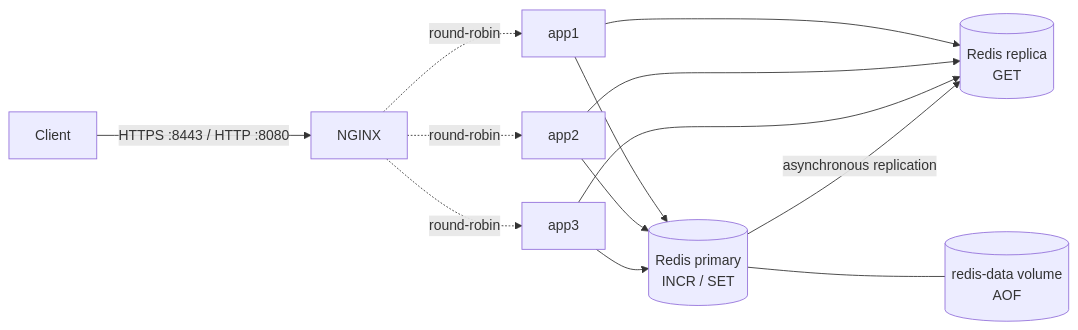
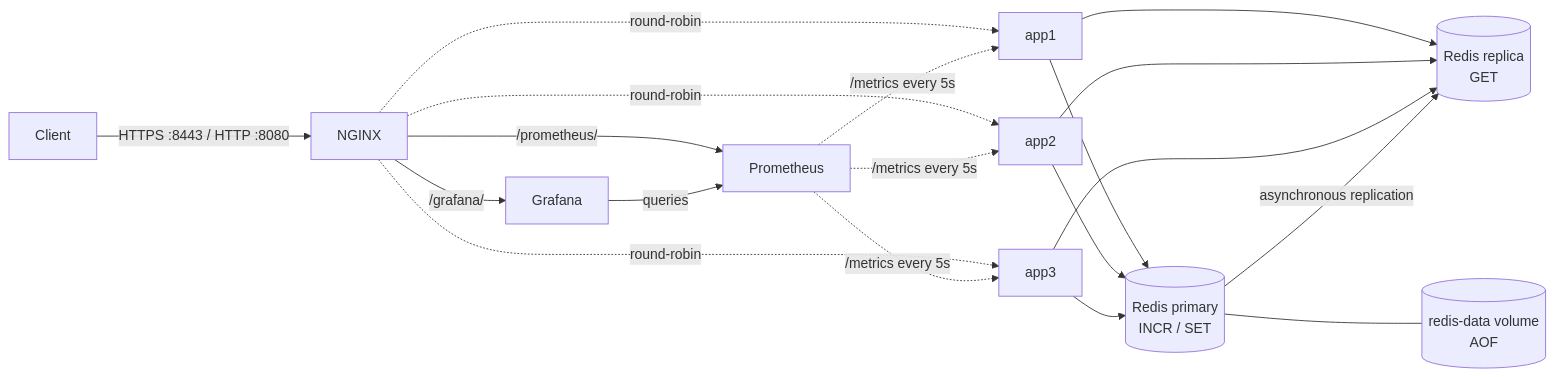
Before and after one commit to kajuyerim/docker-based-multiserver-system: the diagram in ARCHITECTURE.md, drawn with Mermaid. The commit also changed other lines of this file and 3 other files, not shown here.

````diff
--- a/ARCHITECTURE.md
+++ b/ARCHITECTURE.md
@@ -17,15 +18,21 @@
 ```mermaid
 flowchart LR
     Client[Client] -->|HTTPS :8443 / HTTP :8080| nginx[NGINX]
     nginx -. round-robin .-> app1
     nginx -. round-robin .-> app2
     nginx -. round-robin .-> app3
     app1 --> redis[(Redis primary<br/>INCR / SET)]
     app2 --> redis
     app3 --> redis
     app1 --> reader[(Redis replica<br/>GET)]
     app2 --> reader
     app3 --> reader
     redis -->|asynchronous replication| reader
     redis --- data[(redis-data volume<br/>AOF)]
+    nginx -->|/grafana/| grafana[Grafana]
+    nginx -->|/prometheus/| prometheus[Prometheus]
+    grafana -->|queries| prometheus
+    prometheus -. /metrics every 5s .-> app1
+    prometheus -. /metrics every 5s .-> app2
+    prometheus -. /metrics every 5s .-> app3
 ```
````
